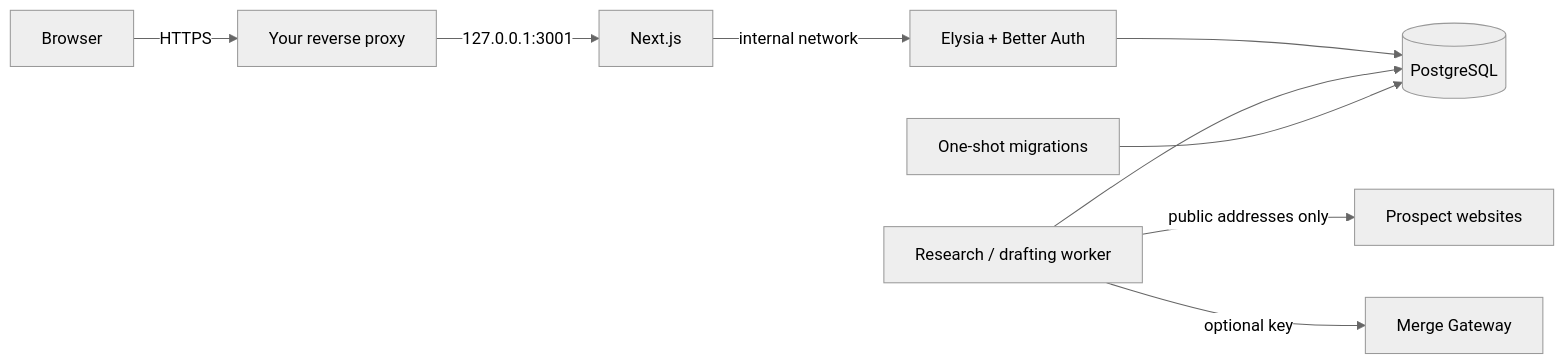
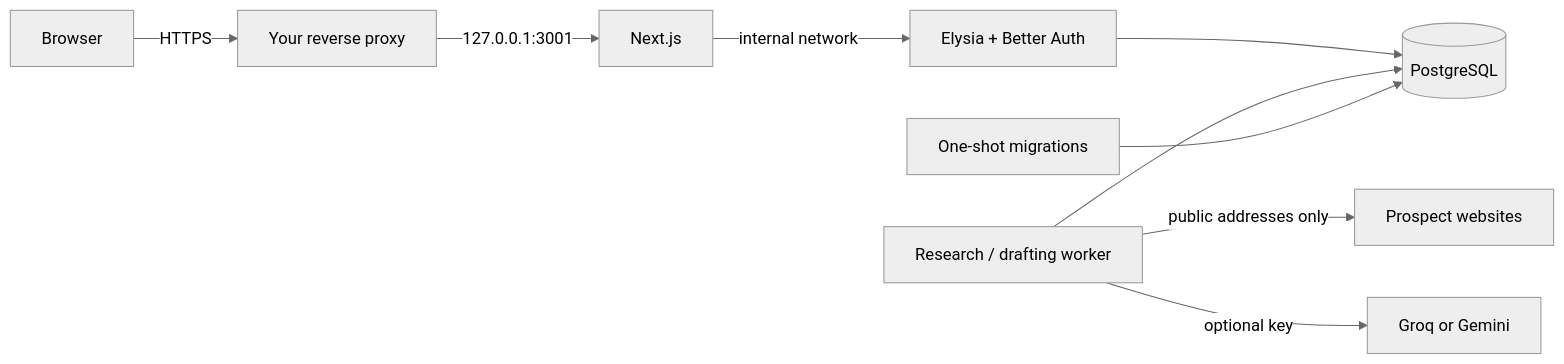
Before and after one commit to ashboi005/qublox-sales: the diagram in docs/vps.md, drawn with Mermaid (neutral theme). The commit also changed other lines of this file and 24 other files, not shown here.

Commit message:
feat: replace Merge with paced Groq and Gemini

````diff
--- a/docs/vps.md
+++ b/docs/vps.md
@@ -5,11 +5,11 @@
 ```mermaid
 flowchart LR
   Browser -->|HTTPS| Proxy[Your reverse proxy]
   Proxy -->|127.0.0.1:3001| Web[Next.js]
   Web -->|internal network| API[Elysia + Better Auth]
   API --> PG[(PostgreSQL)]
   Worker[Research / drafting worker] --> PG
   Worker -->|public addresses only| Sites[Prospect websites]
-  Worker -->|optional key| Gateway[Merge Gateway]
+  Worker -->|optional key| AI[Groq or Gemini]
   Migrate[One-shot migrations] --> PG
 ```
````
